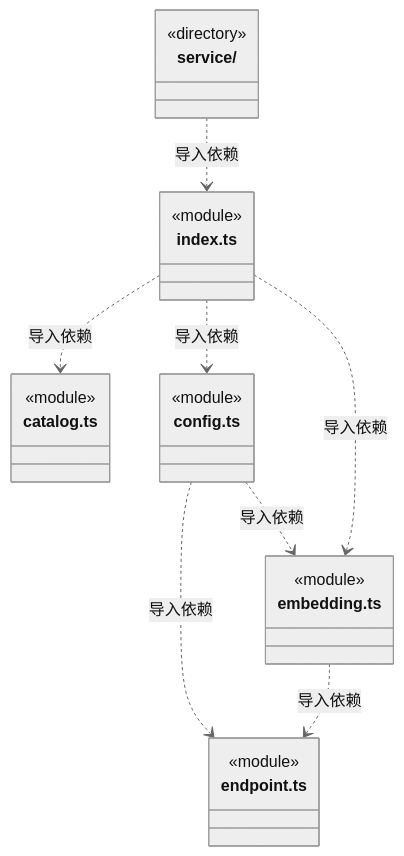
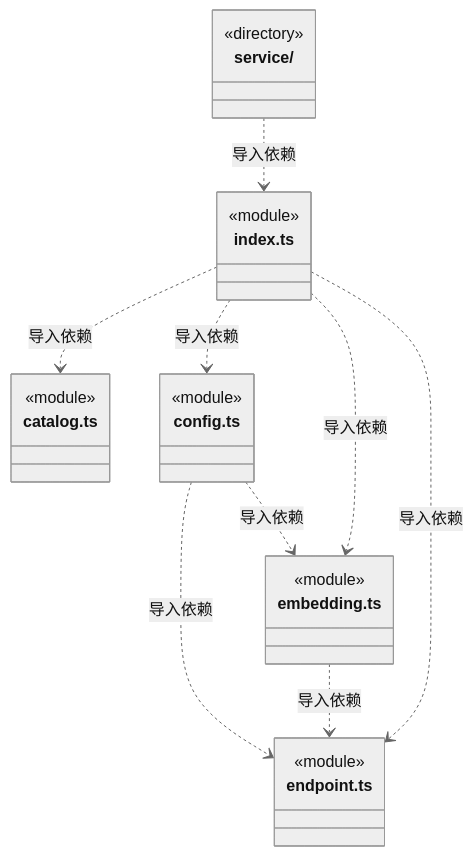
The first of 6 diagrams in src/logic/models/ARCHITECTURE.md (nan023062/cbim), drawn with Mermaid (neutral theme) before and after one commit. The commit also changed other lines of this file and 13 other files, not shown here.

````diff
--- a/src/logic/models/ARCHITECTURE.md
+++ b/src/logic/models/ARCHITECTURE.md
@@ -25,28 +25,29 @@
 ```mermaid
 classDiagram
 class N_src_logic_models_service["service/"] {
   <<directory>>
 }
 class N_src_logic_models_catalog_ts["catalog.ts"] {
   <<module>>
 }
 class N_src_logic_models_config_ts["config.ts"] {
   <<module>>
 }
 class N_src_logic_models_embedding_ts["embedding.ts"] {
   <<module>>
 }
 class N_src_logic_models_endpoint_ts["endpoint.ts"] {
   <<module>>
 }
 class N_src_logic_models_index_ts["index.ts"] {
   <<module>>
 }
 N_src_logic_models_config_ts ..> N_src_logic_models_endpoint_ts : 导入依赖
 N_src_logic_models_config_ts ..> N_src_logic_models_embedding_ts : 导入依赖
 N_src_logic_models_embedding_ts ..> N_src_logic_models_endpoint_ts : 导入依赖
 N_src_logic_models_index_ts ..> N_src_logic_models_catalog_ts : 导入依赖
+N_src_logic_models_index_ts ..> N_src_logic_models_endpoint_ts : 导入依赖
 N_src_logic_models_index_ts ..> N_src_logic_models_config_ts : 导入依赖
 N_src_logic_models_index_ts ..> N_src_logic_models_embedding_ts : 导入依赖
 N_src_logic_models_service ..> N_src_logic_models_index_ts : 导入依赖
 ```
````
